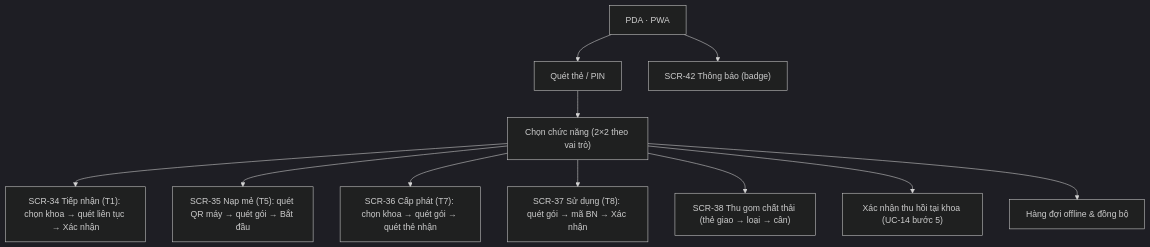
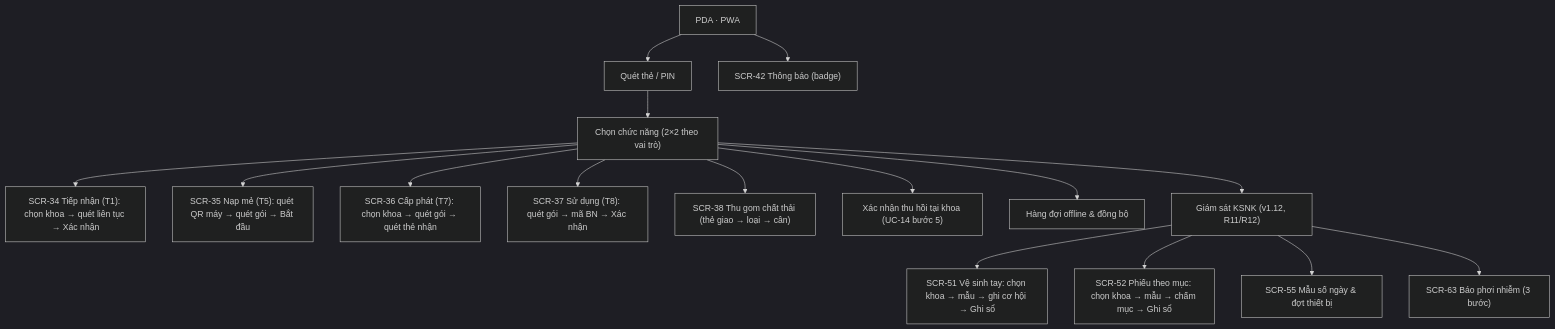
One commit to mvl26/tracecore changed the seventh of 12 diagrams in docs/ux-foundations.md. Above: the diagram before and after it, drawn with Mermaid (dark theme). The commit also changed other lines of this file and 6 other files, not shown here.

````diff
--- a/docs/ux-foundations.md
+++ b/docs/ux-foundations.md
@@ -264,14 +312,19 @@
 ```mermaid
 graph TD
     root["PDA · PWA"]
     root --> login["Quét thẻ / PIN"]
     login --> menu["Chọn chức năng (2×2 theo vai trò)"]
     menu --> s34["SCR-34 Tiếp nhận (T1): chọn khoa → quét liên tục → Xác nhận"]
     menu --> s35["SCR-35 Nạp mẻ (T5): quét QR máy → quét gói → Bắt đầu"]
     menu --> s36["SCR-36 Cấp phát (T7): chọn khoa → quét gói → quét thẻ nhận"]
     menu --> s37["SCR-37 Sử dụng (T8): quét gói → mã BN → Xác nhận"]
     menu --> s38["SCR-38 Thu gom chất thải (thẻ giao → loại → cân)"]
     menu --> rc["Xác nhận thu hồi tại khoa (UC-14 bước 5)"]
     menu --> q["Hàng đợi offline & đồng bộ"]
+    menu --> ic["Giám sát KSNK (v1.12, R11/R12)"]
+    ic --> s51["SCR-51 Vệ sinh tay: chọn khoa → mẫu → ghi cơ hội → Ghi sổ"]
+    ic --> s52["SCR-52 Phiếu theo mục: chọn khoa → mẫu → chấm mục → Ghi sổ"]
+    ic --> s55["SCR-55 Mẫu số ngày & đợt thiết bị"]
+    ic --> s63["SCR-63 Báo phơi nhiễm (3 bước)"]
     root --> notif["SCR-42 Thông báo (badge)"]
 ```
````
